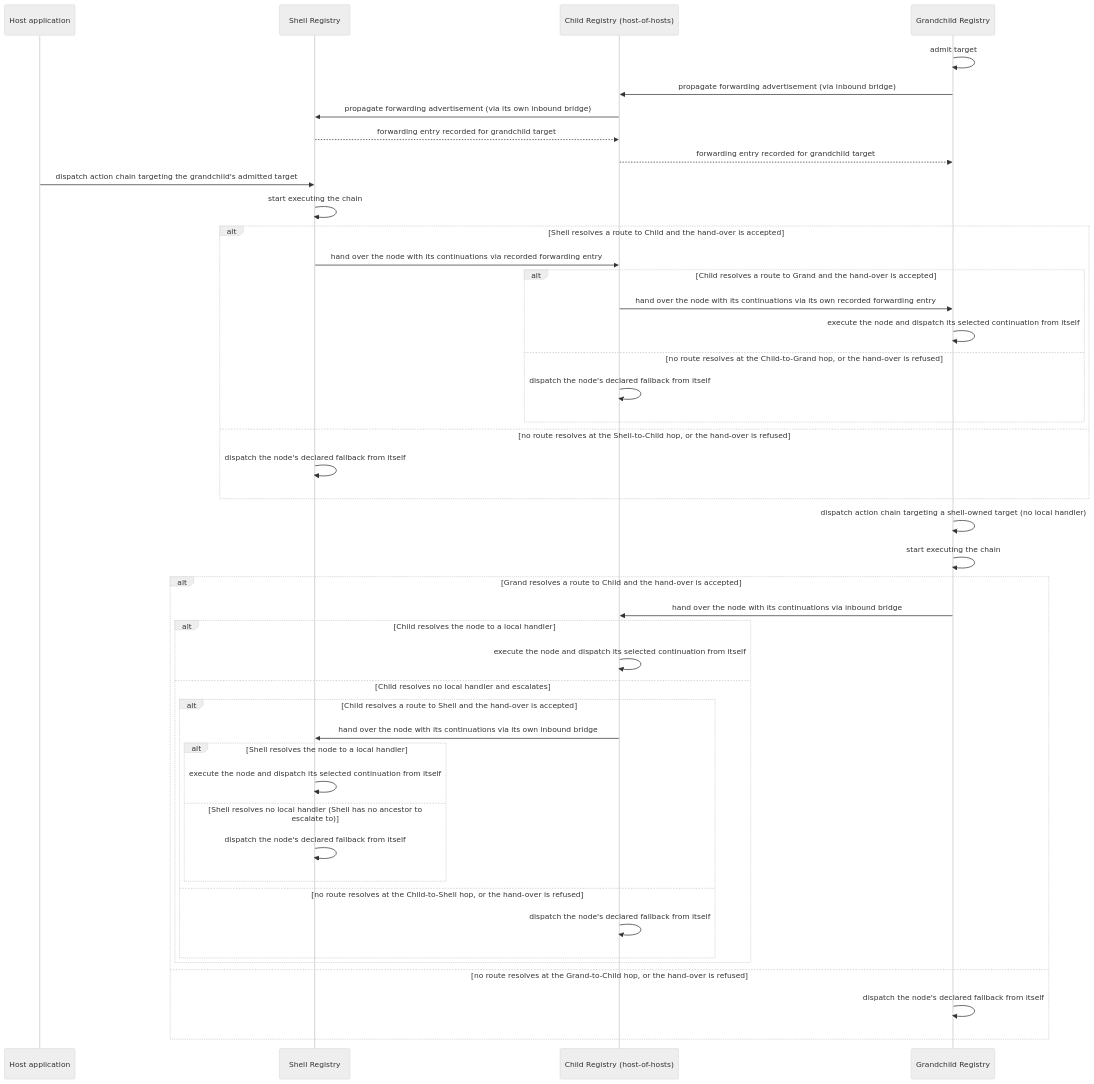
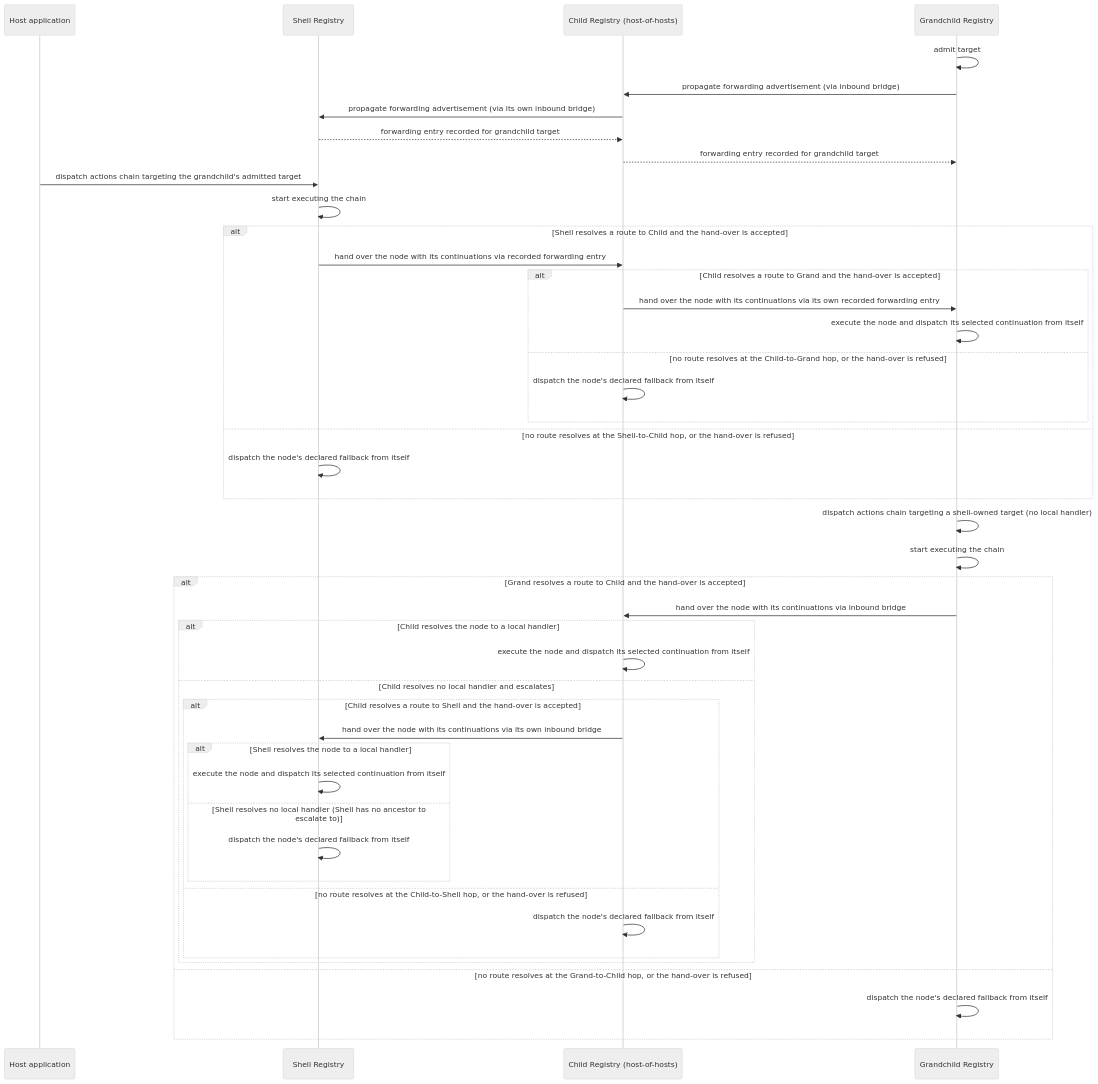
The fifth of 5 diagrams in packages/mfes/architecture/DESIGN.md (GeraBart/gears-frontx), drawn with Mermaid (neutral theme) before and after one commit. The commit also changed other lines of this file and 131 other files, not shown here.

````diff
--- a/packages/mfes/architecture/DESIGN.md
+++ b/packages/mfes/architecture/DESIGN.md
@@ -492,46 +495,46 @@
 ```mermaid
 sequenceDiagram
     participant App as Host application
     participant Shell as Shell Registry
     participant Child as Child Registry (host-of-hosts)
     participant Grand as Grandchild Registry
     Grand->>Grand: admit target
     Grand->>Child: propagate forwarding advertisement (via inbound bridge)
     Child->>Shell: propagate forwarding advertisement (via its own inbound bridge)
     Shell-->>Child: forwarding entry recorded for grandchild target
     Child-->>Grand: forwarding entry recorded for grandchild target
-    App->>Shell: dispatch action chain targeting the grandchild's admitted target
+    App->>Shell: dispatch actions chain targeting the grandchild's admitted target
     Shell->>Shell: start executing the chain
     alt Shell resolves a route to Child and the hand-over is accepted
         Shell->>Child: hand over the node with its continuations via recorded forwarding entry
         alt Child resolves a route to Grand and the hand-over is accepted
             Child->>Grand: hand over the node with its continuations via its own recorded forwarding entry
             Grand->>Grand: execute the node and dispatch its selected continuation from itself
         else no route resolves at the Child-to-Grand hop, or the hand-over is refused
             Child->>Child: dispatch the node's declared fallback from itself
         end
     else no route resolves at the Shell-to-Child hop, or the hand-over is refused
         Shell->>Shell: dispatch the node's declared fallback from itself
     end
-    Grand->>Grand: dispatch action chain targeting a shell-owned target (no local handler)
+    Grand->>Grand: dispatch actions chain targeting a shell-owned target (no local handler)
     Grand->>Grand: start executing the chain
     alt Grand resolves a route to Child and the hand-over is accepted
         Grand->>Child: hand over the node with its continuations via inbound bridge
         alt Child resolves the node to a local handler
             Child->>Child: execute the node and dispatch its selected continuation from itself
         else Child resolves no local handler and escalates
             alt Child resolves a route to Shell and the hand-over is accepted
                 Child->>Shell: hand over the node with its continuations via its own inbound bridge
                 alt Shell resolves the node to a local handler
                     Shell->>Shell: execute the node and dispatch its selected continuation from itself
                 else Shell resolves no local handler (Shell has no ancestor to escalate to)
                     Shell->>Shell: dispatch the node's declared fallback from itself
                 end
             else no route resolves at the Child-to-Shell hop, or the hand-over is refused
                 Child->>Child: dispatch the node's declared fallback from itself
             end
         end
     else no route resolves at the Grand-to-Child hop, or the hand-over is refused
         Grand->>Grand: dispatch the node's declared fallback from itself
     end
 ```
````
